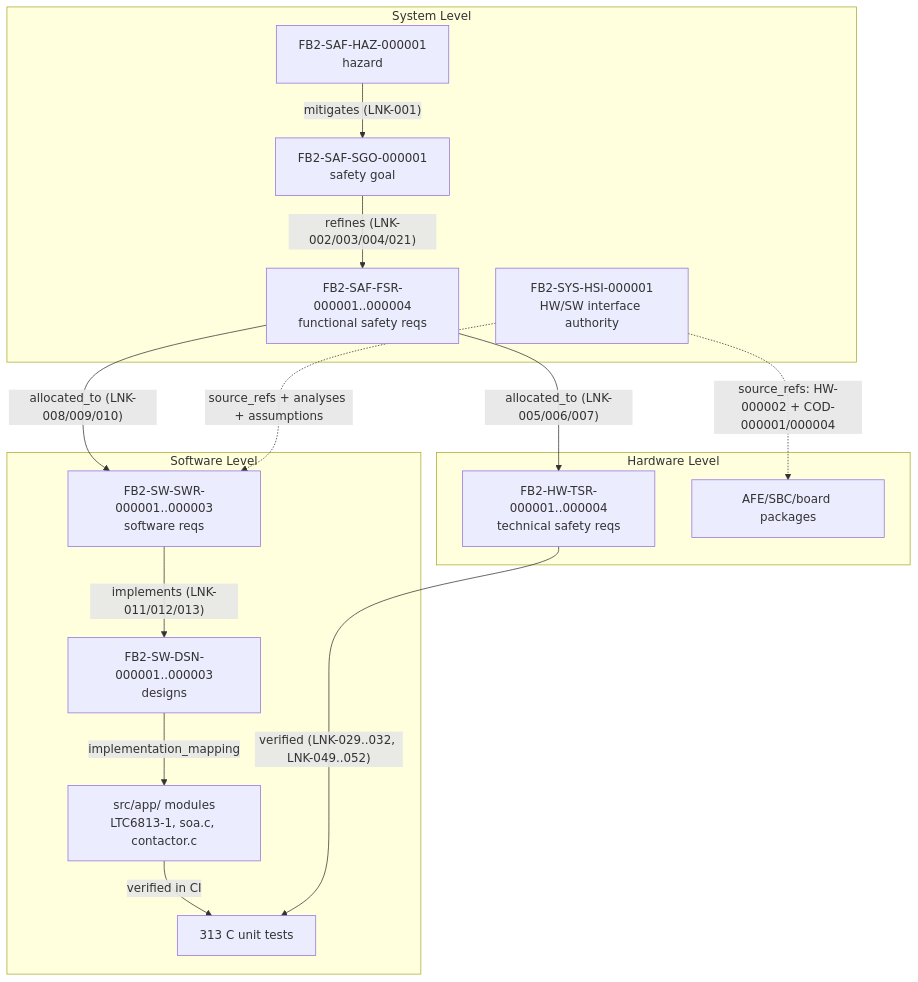
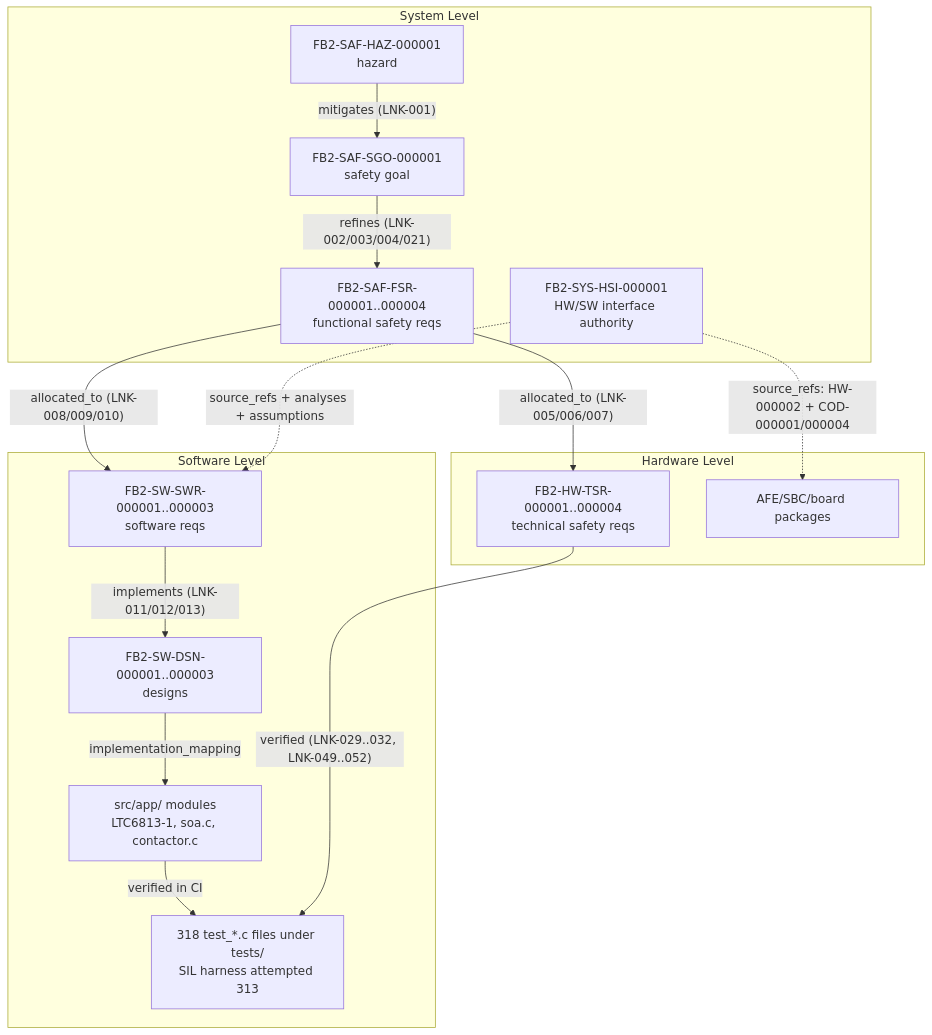
One commit to vinod0m/foxbms-2 changed the diagram in docs/artifacts/reports/traceability-chain-map.md. Above: the diagram before and after it, drawn with Mermaid. The commit also changed 153 other files, not shown here.

````diff
--- a/docs/artifacts/reports/traceability-chain-map.md
+++ b/docs/artifacts/reports/traceability-chain-map.md
@@ -14,29 +14,29 @@
 ```mermaid
 flowchart TD
     subgraph SYSTEM["System Level"]
         HAZ["FB2-SAF-HAZ-000001<br/>hazard"]
         SGO["FB2-SAF-SGO-000001<br/>safety goal"]
         FSR["FB2-SAF-FSR-000001..000004<br/>functional safety reqs"]
         HSI["FB2-SYS-HSI-000001<br/>HW/SW interface authority"]
     end
     subgraph SOFTWARE["Software Level"]
         SWR["FB2-SW-SWR-000001..000003<br/>software reqs"]
         DSN["FB2-SW-DSN-000001..000003<br/>designs"]
         CODE["src/app/ modules<br/>LTC6813-1, soa.c, contactor.c"]
-        UNIT["313 C unit tests"]
+        UNIT["318 test_*.c files under tests/<br/>SIL harness attempted 313"]
     end
     subgraph HARDWARE["Hardware Level"]
         TSR["FB2-HW-TSR-000001..000004<br/>technical safety reqs"]
         HWDESIGN["AFE/SBC/board packages"]
     end
     HAZ -- "mitigates (LNK-001)" --> SGO
     SGO -- "refines (LNK-002/003/004/021)" --> FSR
     FSR -- "allocated_to (LNK-008/009/010)" --> SWR
     FSR -- "allocated_to (LNK-005/006/007)" --> TSR
     SWR -- "implements (LNK-011/012/013)" --> DSN
     DSN -- "implementation_mapping" --> CODE
     CODE -- "verified in CI" --> UNIT
     TSR -- "verified (LNK-029..032, LNK-049..052)" --> UNIT
     HSI -. "source_refs: HW-000002 + COD-000001/000004" .-> HWDESIGN
     HSI -. "source_refs + analyses + assumptions" .-> SWR
 ```
````
